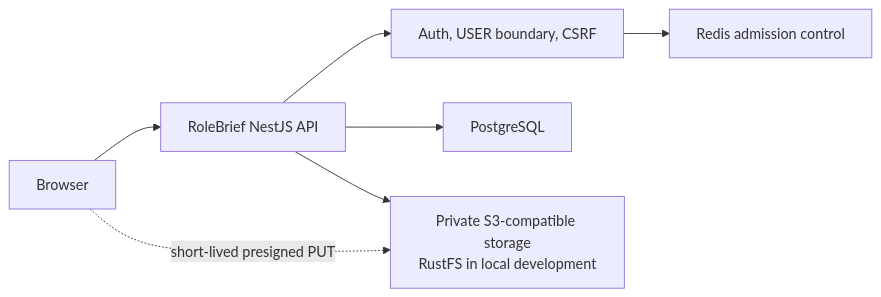
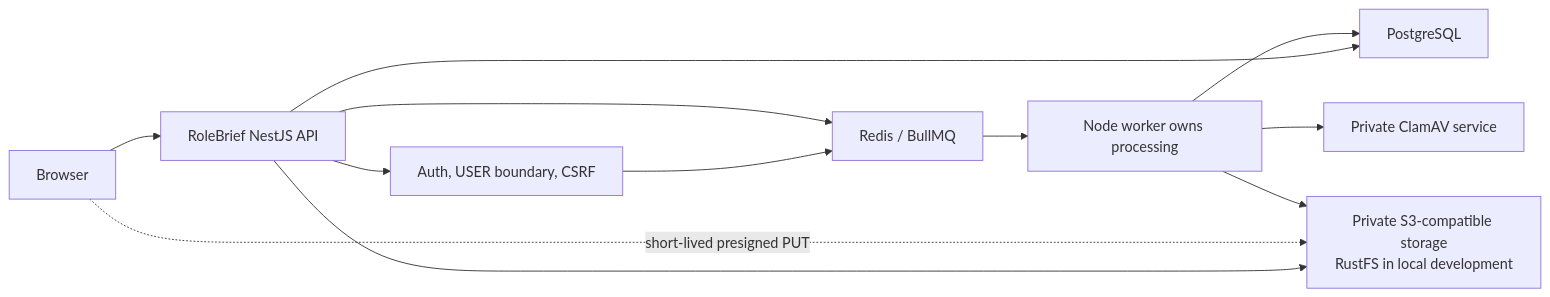
The first of 3 diagrams in README.md (YounasKhan2/rolebrief), drawn with Mermaid before and after one commit. The commit also changed other lines of this file, not shown here.

````diff
--- a/README.md
+++ b/README.md
@@ -13,16 +25,23 @@
 ```mermaid
 flowchart LR
   Browser["Browser"]
   API["RoleBrief NestJS API"]
   Auth["Auth, USER boundary, CSRF"]
   Storage["Private S3-compatible storage<br/>RustFS in local development"]
-  Redis["Redis admission control"]
+  Redis["Redis / BullMQ"]
+  Worker["Node worker owns processing"]
+  ClamAV["Private ClamAV service"]
   DB["PostgreSQL"]
 
   Browser --> API
   API --> Auth
   Auth --> Redis
   API --> DB
   API --> Storage
   Browser -. short-lived presigned PUT .-> Storage
+  API --> Redis
+  Redis --> Worker
+  Worker --> DB
+  Worker --> Storage
+  Worker --> ClamAV
 ```
````
